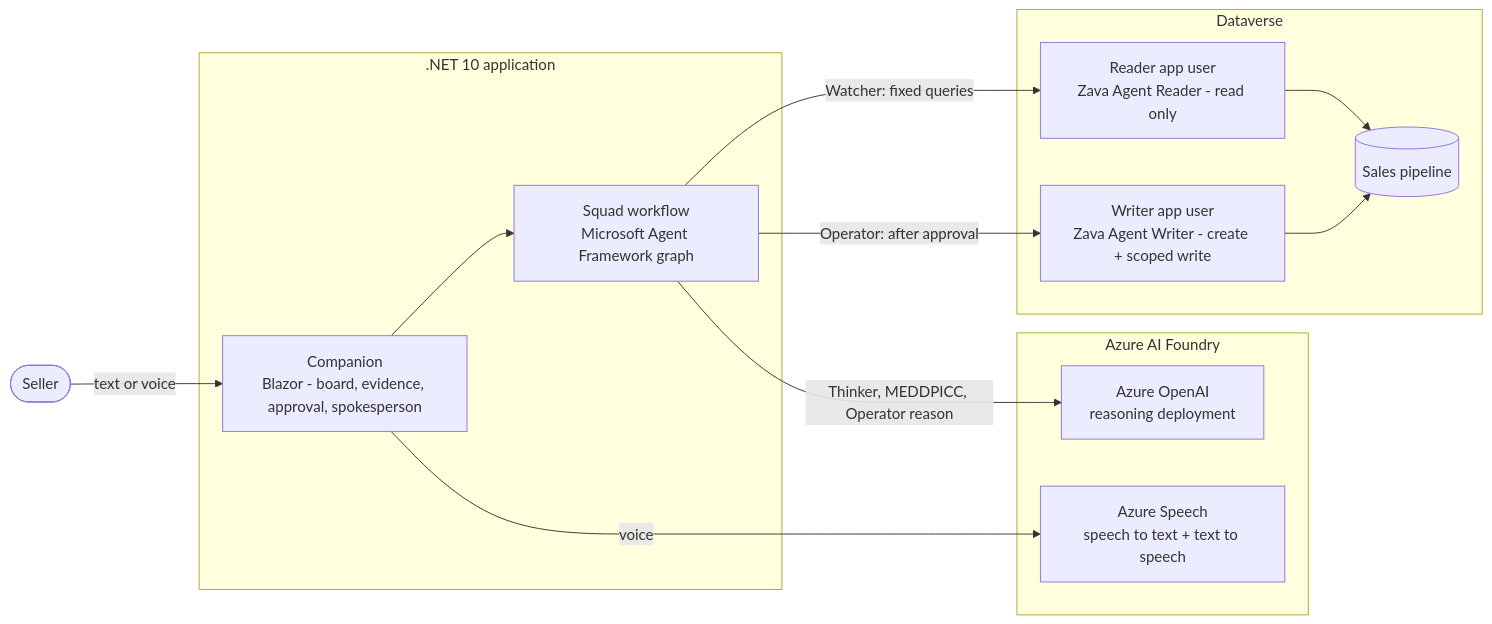
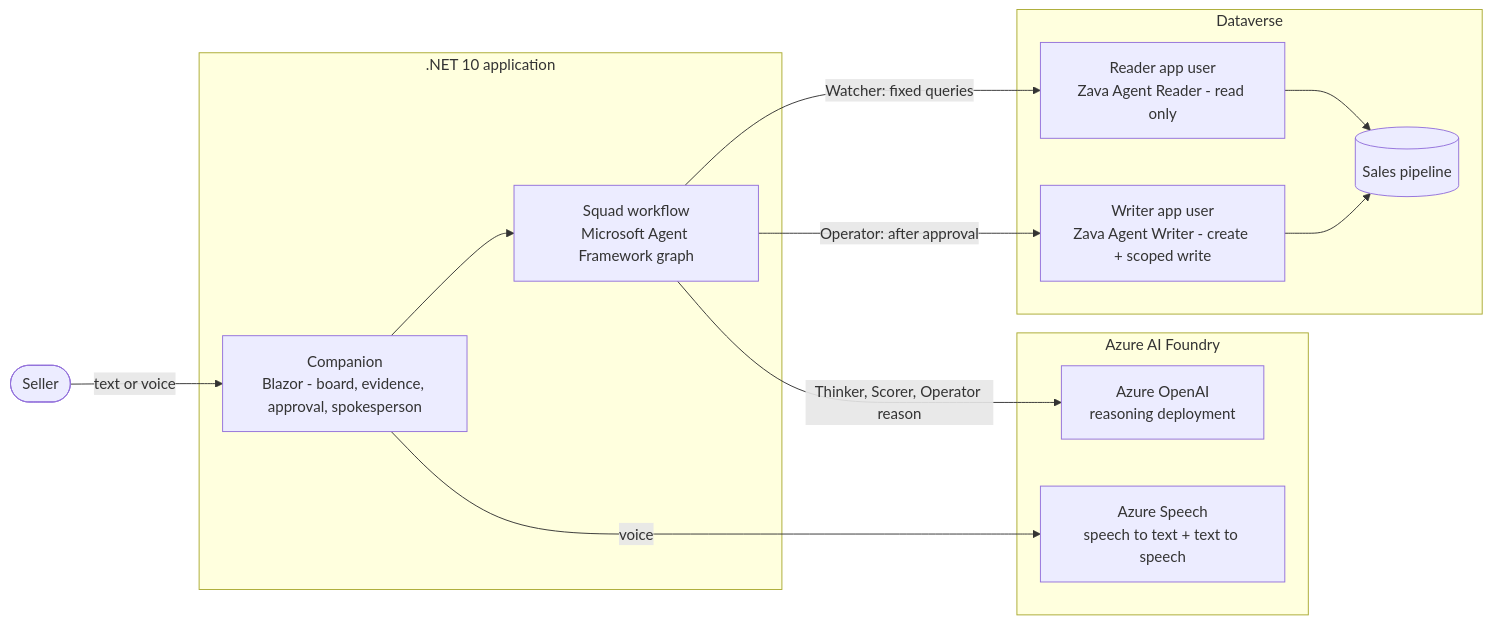
One commit to allandecastro/dataverse-agent-framework-sales changed the first of 3 diagrams in README.md. Above: the diagram before and after it, drawn with Mermaid. The commit also changed other lines of this file and 6 other files, not shown here.

First line of the commit message:
Rename the AE MEDDPICC agent to Scorer (a role, not a method)

````diff
--- a/README.md
+++ b/README.md
@@ -62,28 +62,28 @@
 ```mermaid
 flowchart LR
     Seller([Seller]) -->|text or voice| Companion
 
     subgraph app [".NET 10 application"]
         Companion["Companion<br/>Blazor - board, evidence, approval, spokesperson"]
         Squad["Squad workflow<br/>Microsoft Agent Framework graph"]
         Companion --> Squad
     end
 
     subgraph foundry ["Azure AI Foundry"]
         AOAI["Azure OpenAI<br/>reasoning deployment"]
         Speech["Azure Speech<br/>speech to text + text to speech"]
     end
 
     subgraph dv ["Dataverse"]
         Reader["Reader app user<br/>Zava Agent Reader - read only"]
         Writer["Writer app user<br/>Zava Agent Writer - create + scoped write"]
         Data[(Sales pipeline)]
         Reader --> Data
         Writer --> Data
     end
 
-    Squad -->|Thinker, MEDDPICC, Operator reason| AOAI
+    Squad -->|Thinker, Scorer, Operator reason| AOAI
     Companion -->|voice| Speech
     Squad -->|Watcher: fixed queries| Reader
     Squad -->|Operator: after approval| Writer
 ```
````
